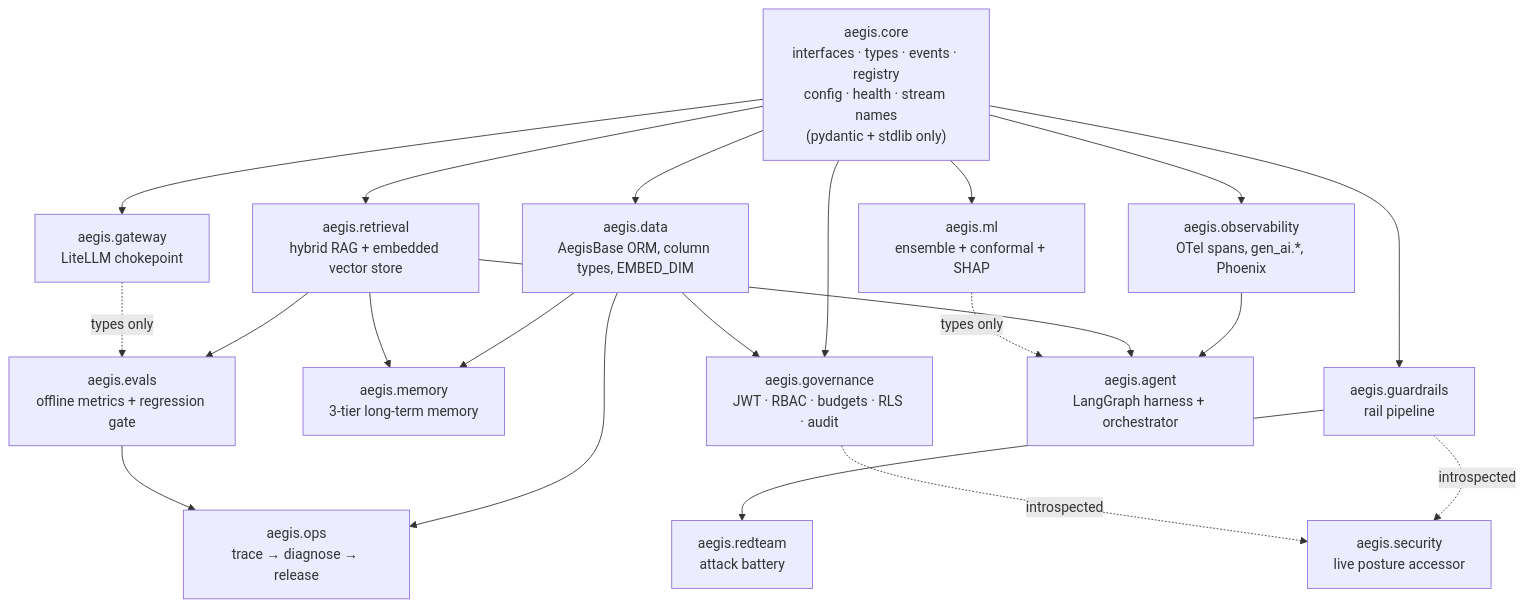
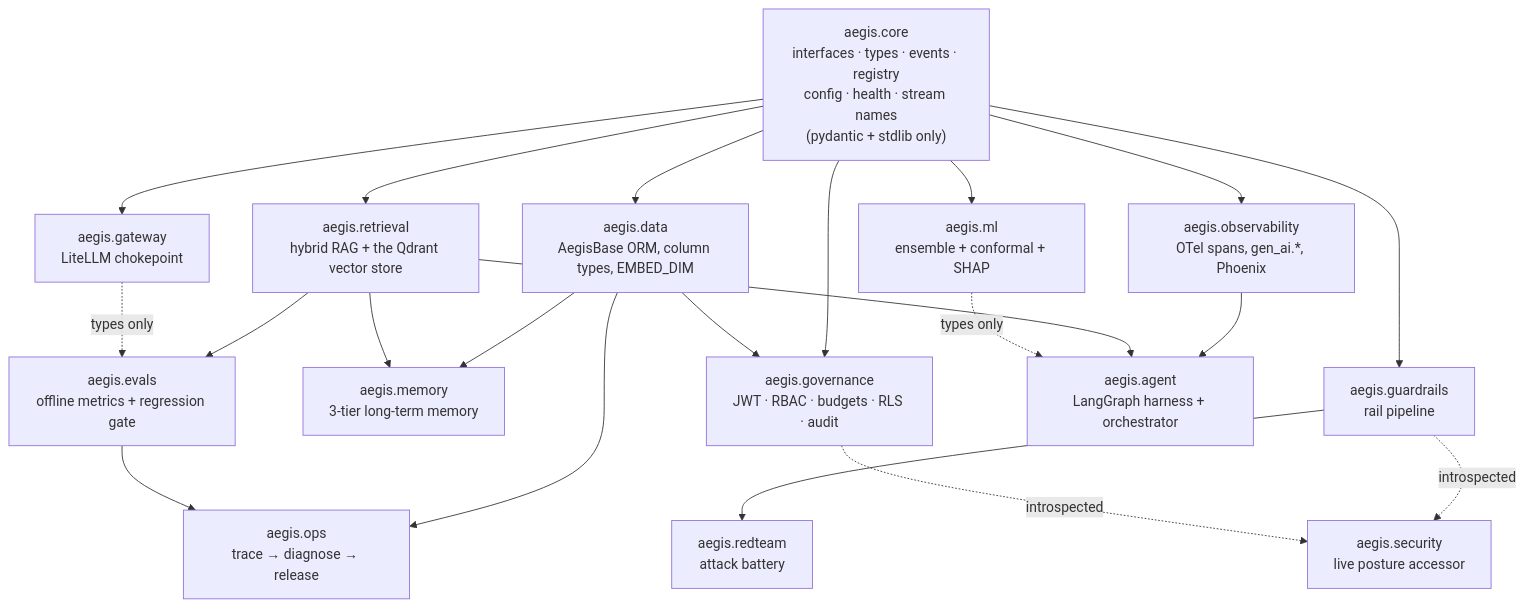
The second of 6 diagrams in docs/learn/10-architecture.md (yrevash/aegis), drawn with Mermaid before and after one commit. The commit also changed other lines of this file and 85 other files, not shown here.

````diff
--- a/docs/learn/10-architecture.md
+++ b/docs/learn/10-architecture.md
@@ -77,32 +77,32 @@
 ```mermaid
 flowchart TB
     CORE["aegis.core<br/>interfaces · types · events · registry<br/>config · health · stream names<br/>(pydantic + stdlib only)"]
 
     DATA["aegis.data<br/>AegisBase ORM, column types, EMBED_DIM"]
     OBS["aegis.observability<br/>OTel spans, gen_ai.*, Phoenix"]
     GW["aegis.gateway<br/>LiteLLM chokepoint"]
     GR["aegis.guardrails<br/>rail pipeline"]
-    RET["aegis.retrieval<br/>hybrid RAG + embedded vector store"]
+    RET["aegis.retrieval<br/>hybrid RAG + the Qdrant vector store"]
     MEM["aegis.memory<br/>3-tier long-term memory"]
     ML["aegis.ml<br/>ensemble + conformal + SHAP"]
     GOV["aegis.governance<br/>JWT · RBAC · budgets · RLS · audit"]
     EV["aegis.evals<br/>offline metrics + regression gate"]
     OPS["aegis.ops<br/>trace → diagnose → release"]
     AG["aegis.agent<br/>LangGraph harness + orchestrator"]
     RT["aegis.redteam<br/>attack battery"]
     SEC["aegis.security<br/>live posture accessor"]
 
     CORE --> DATA & OBS & GW & GR & ML & GOV
     CORE --> RET
     DATA --> MEM & GOV & OPS
     RET --> MEM
     RET --> EV
     GW -.->|"types only"| EV
     EV --> OPS
     GR --> RT
     OBS --> AG
     RET --> AG
     ML -.->|"types only"| AG
     GR -.->|"introspected"| SEC
     GOV -.->|"introspected"| SEC
 ```
````
